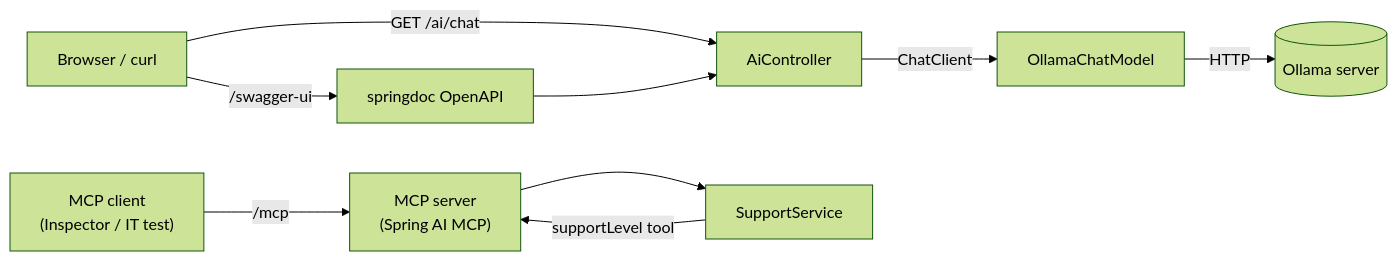
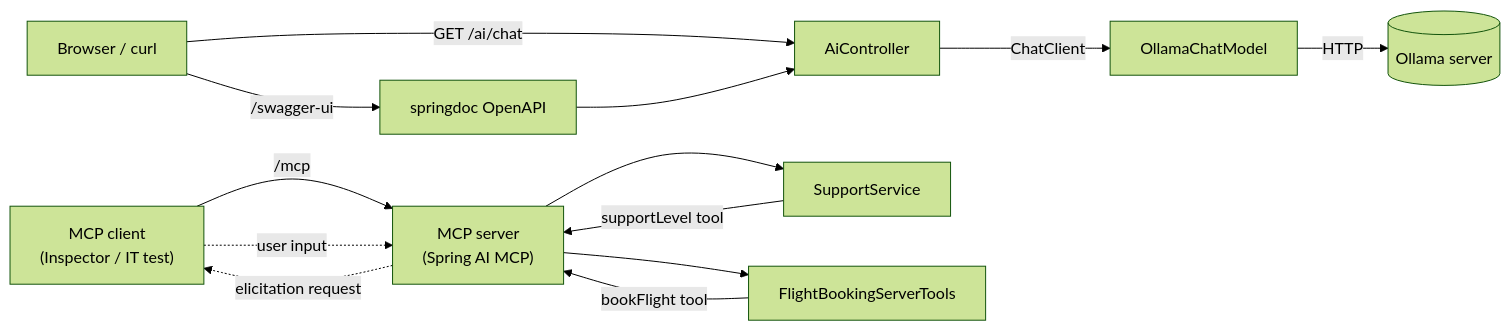
One commit to ran1979/ai-simple-example changed the diagram in README.md. Above: the diagram before and after it, drawn with Mermaid (forest theme). The commit also changed other lines of this file, not shown here.

````diff
--- a/README.md
+++ b/README.md
@@ -7,13 +7,17 @@
 ```mermaid
 graph LR
     Browser["Browser / curl"] -->|GET /ai/chat| AiController
     AiController -->|ChatClient| OllamaChatModel
     OllamaChatModel -->|HTTP| Ollama[(Ollama server)]
 
     MCPClient["MCP client\n(Inspector / IT test)"] -->|/mcp| MCPServer["MCP server\n(Spring AI MCP)"]
     MCPServer --> SupportService
     SupportService -->|supportLevel tool| MCPServer
+    MCPServer --> FlightBookingServerTools
+    FlightBookingServerTools -->|bookFlight tool| MCPServer
+    MCPServer -.->|elicitation request| MCPClient
+    MCPClient -.->|user input| MCPServer
 
     Browser -->|/swagger-ui| SwaggerUI[springdoc OpenAPI]
     SwaggerUI --> AiController
 ```
````
